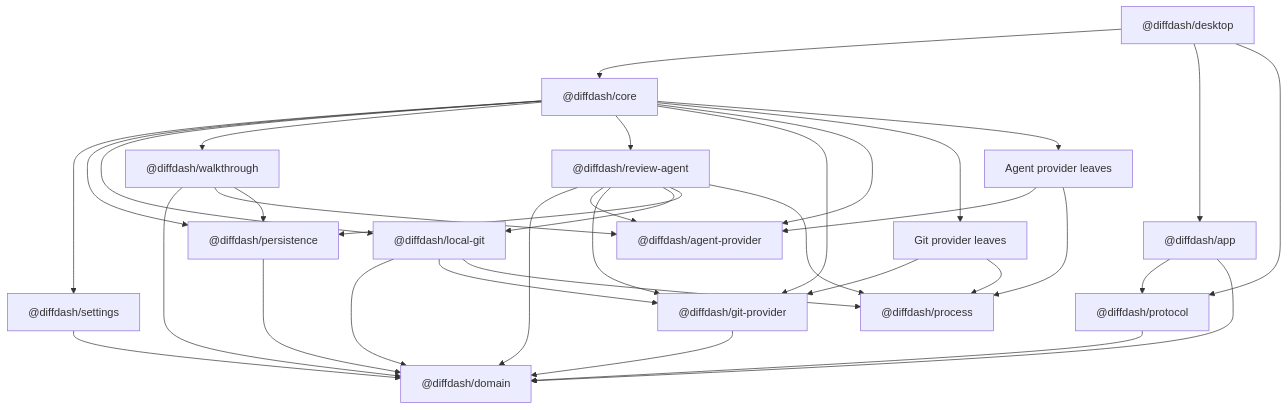
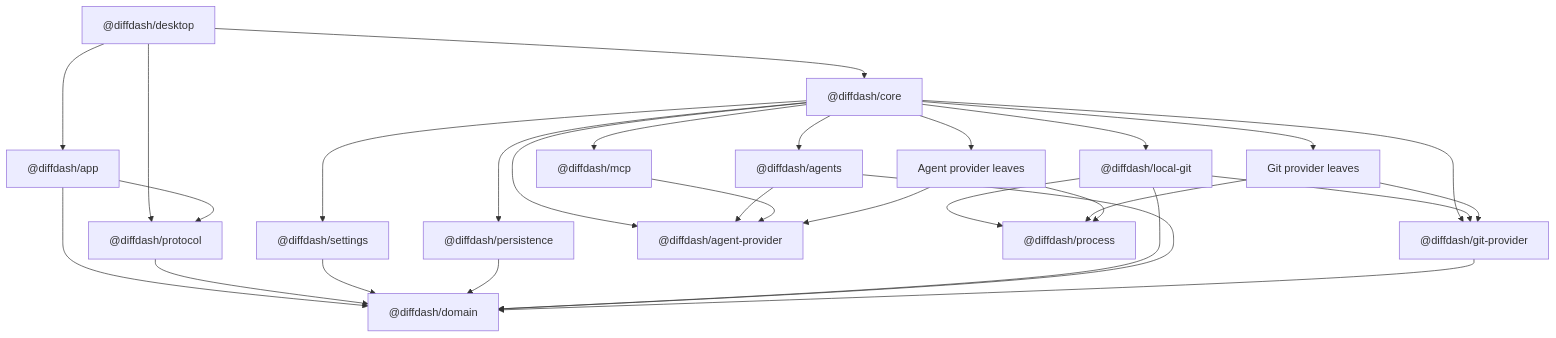
One commit to byfungsi/diffdash changed the diagram in docs/architecture.md. Above: the diagram before and after it, drawn with Mermaid. The commit also changed other lines of this file and 481 other files, not shown here.

````diff
--- a/docs/architecture.md
+++ b/docs/architecture.md
@@ -12,38 +12,32 @@
 ```mermaid
 graph TD
   desktop["@diffdash/desktop"] --> core["@diffdash/core"]
   desktop["@diffdash/desktop"] --> app["@diffdash/app"]
   desktop --> protocol["@diffdash/protocol"]
   core --> settings["@diffdash/settings"]
   core --> persistence["@diffdash/persistence"]
   core --> localGit["@diffdash/local-git"]
-  core --> walkthrough["@diffdash/walkthrough"]
-  core --> reviewAgent["@diffdash/review-agent"]
+  core --> agents["@diffdash/agents"]
+  core --> mcp["@diffdash/mcp"]
   core --> gitSdk["@diffdash/git-provider"]
   core --> agentSdk["@diffdash/agent-provider"]
   core --> gitProviders["Git provider leaves"]
   core --> agentProviders["Agent provider leaves"]
 
   app --> protocol
   app --> domain["@diffdash/domain"]
   protocol --> domain
   settings --> domain
   persistence --> domain
   localGit --> domain
   localGit --> gitSdk
   localGit --> process["@diffdash/process"]
-  walkthrough --> domain
-  walkthrough --> agentSdk
-  walkthrough --> persistence
-  reviewAgent --> domain
-  reviewAgent --> agentSdk
-  reviewAgent --> gitSdk
-  reviewAgent --> localGit
-  reviewAgent --> persistence
-  reviewAgent --> process
+  agents --> domain
+  agents --> agentSdk
+  mcp --> agentSdk
   gitSdk --> domain
   gitProviders --> gitSdk
   gitProviders --> process
   agentProviders --> agentSdk
   agentProviders --> process
 ```
````
